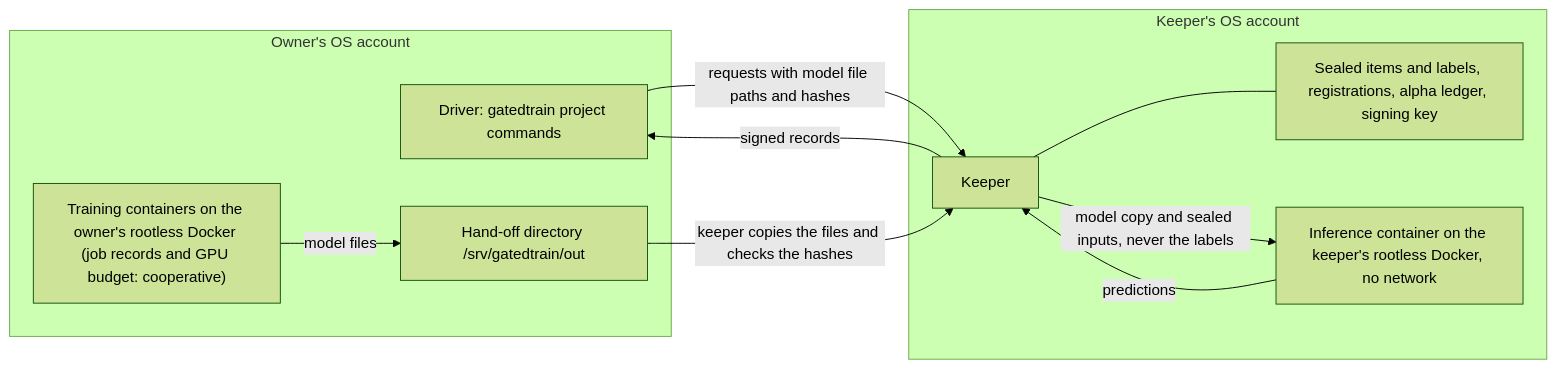
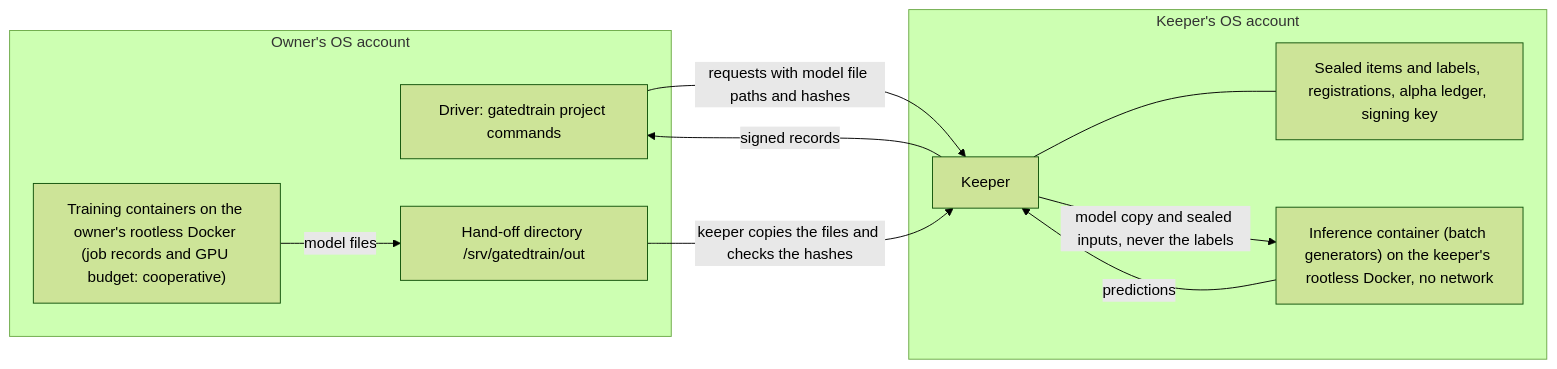
One commit to gatedtrain/gatedtrain changed the second of 2 diagrams in docs/ai-native.md. Above: the diagram before and after it, drawn with Mermaid (forest theme). The commit also changed other lines of this file and 3 other files, not shown here.

First line of the commit message:
Docs: clarify the keeper diagram, steps and arm wording

````diff
--- a/docs/ai-native.md
+++ b/docs/ai-native.md
@@ -97,20 +105,20 @@
 ```mermaid
 flowchart LR
     subgraph owner["Owner's OS account"]
         driver["Driver: gatedtrain project commands"]
         jobs["Training containers on the owner's rootless Docker (job records and GPU budget: cooperative)"]
         handoff["Hand-off directory /srv/gatedtrain/out"]
     end
     subgraph keeperside["Keeper's OS account"]
         keeper["Keeper"]
         store["Sealed items and labels, registrations, alpha ledger, signing key"]
-        infer["Inference container on the keeper's rootless Docker, no network"]
+        infer["Inference container (batch generators) on the keeper's rootless Docker, no network"]
     end
     jobs -->|"model files"| handoff
     driver -->|"requests with model file paths and hashes"| keeper
     handoff -->|"keeper copies the files and checks the hashes"| keeper
     keeper --- store
     keeper -->|"model copy and sealed inputs, never the labels"| infer
     infer -->|"predictions"| keeper
     keeper -->|"signed records"| driver
 ```
````
